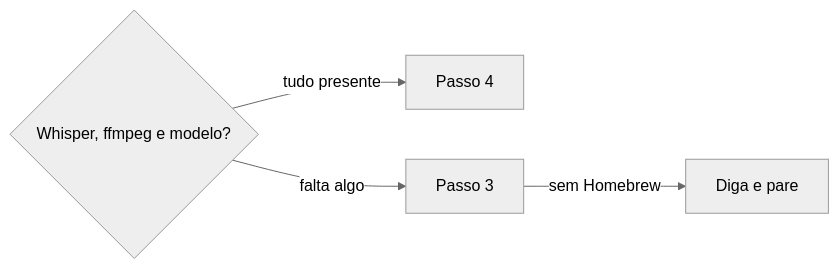
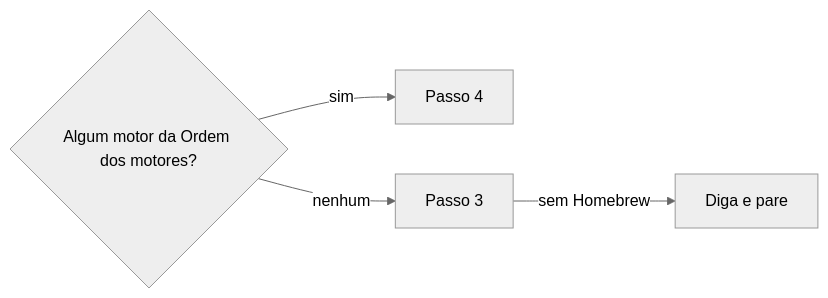
Before and after one commit to jimmyandrade/harness: the diagram in .agents/skills/transcrever-audio-e-video/SKILL.md, drawn with Mermaid (neutral theme). The commit also changed other lines of this file and 4 other files, not shown here.

````diff
--- a/.agents/skills/transcrever-audio-e-video/SKILL.md
+++ b/.agents/skills/transcrever-audio-e-video/SKILL.md
@@ -40,6 +45,6 @@
 ```mermaid
 flowchart LR
-  A{Whisper, ffmpeg e modelo?} -->|tudo presente| B[Passo 4]
-  A -->|falta algo| C[Passo 3]
+  A{Algum motor da Ordem dos motores?} -->|sim| B[Passo 4]
+  A -->|nenhum| C[Passo 3]
   C -->|sem Homebrew| D[Diga e pare]
 ```
````
